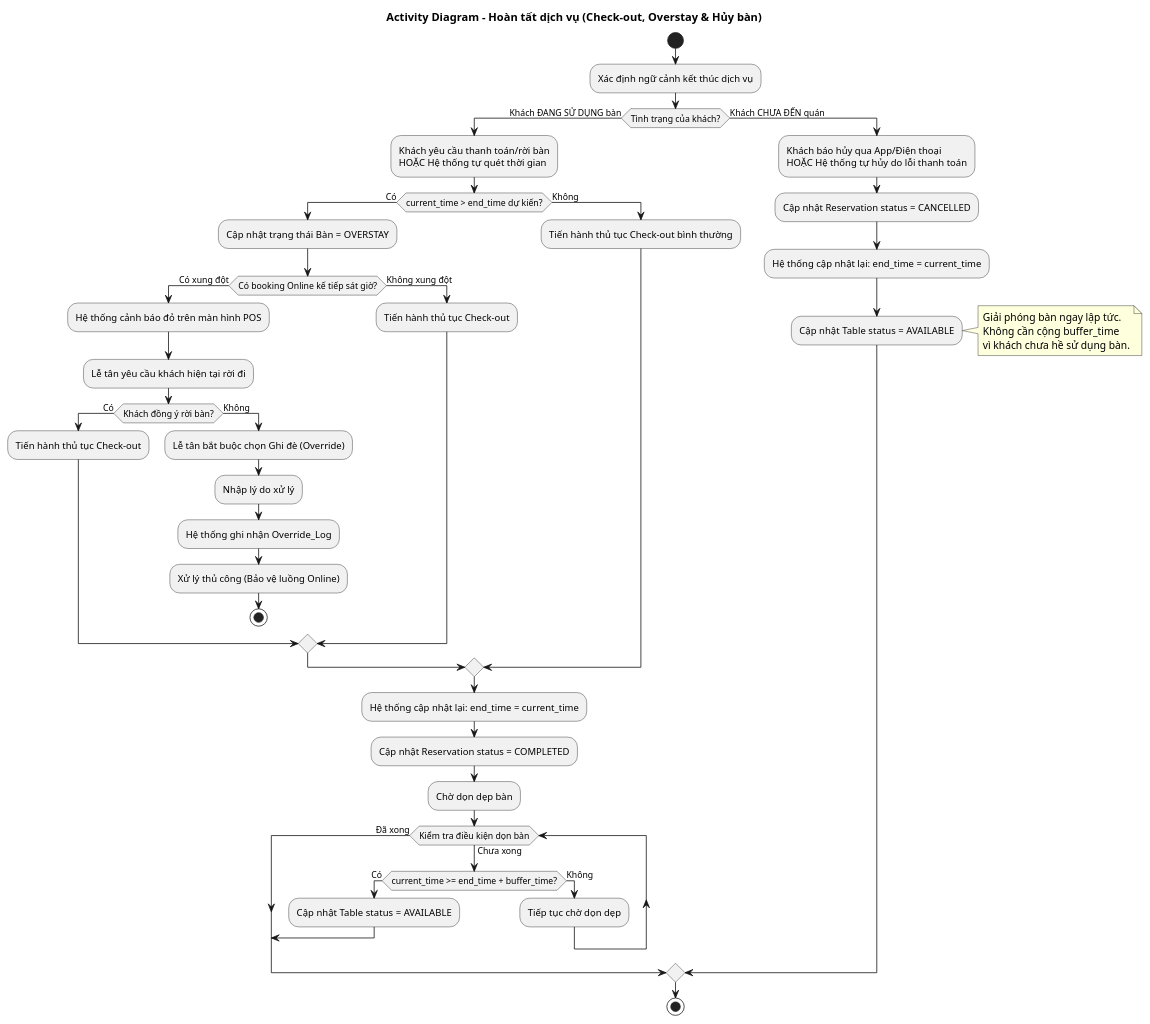
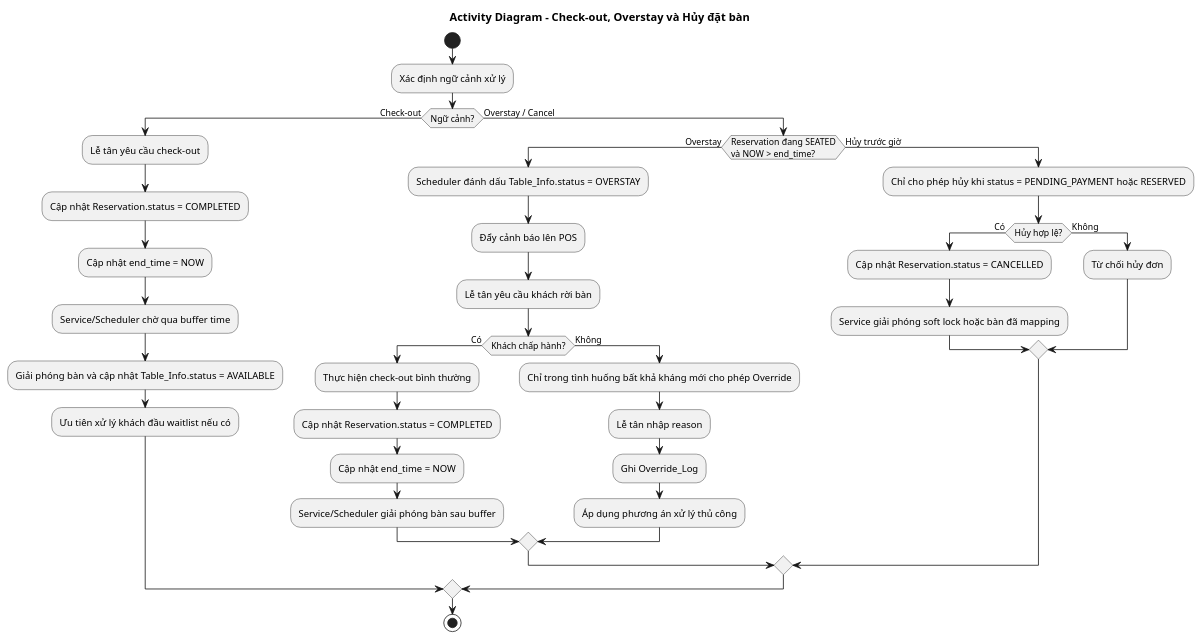
The diagram in docs/uml/activity-check-out.puml (QuangLam0208/restaurant-reservation-system), drawn with PlantUML before and after one commit. The commit also changed 13 other files, not shown here.

```diff
--- a/docs/uml/activity-check-out.puml
+++ b/docs/uml/activity-check-out.puml
@@ -1,75 +1,46 @@
 @startuml
-title Activity Diagram - Hoàn tất dịch vụ (Check-out, Overstay & Hủy bàn)
+title Activity Diagram - Check-out, Overstay và Hủy đặt bàn
 skinparam conditionStyle inside
 
+start
+:Xác định ngữ cảnh xử lý;
 
-start
-:Xác định ngữ cảnh kết thúc dịch vụ;
+if (Ngữ cảnh?) then (Check-out)
+  :Lễ tân yêu cầu check-out;
+  :Cập nhật Reservation.status = COMPLETED;
+  :Cập nhật end_time = NOW;
+  :Service/Scheduler chờ qua buffer time;
+  :Giải phóng bàn và cập nhật Table_Info.status = AVAILABLE;
+  :Ưu tiên xử lý khách đầu waitlist nếu có;
 
+else (Overstay / Cancel)
+  if (Reservation đang SEATED\nvà NOW > end_time?) then (Overstay)
+    :Scheduler đánh dấu Table_Info.status = OVERSTAY;
+    :Đẩy cảnh báo lên POS;
+    :Lễ tân yêu cầu khách rời bàn;
 
-if (Tình trạng của khách?) then (Khách ĐANG SỬ DỤNG bàn)
- :Khách yêu cầu thanh toán/rời bàn\nHOẶC Hệ thống tự quét thời gian;
+    if (Khách chấp hành?) then (Có)
+      :Thực hiện check-out bình thường;
+      :Cập nhật Reservation.status = COMPLETED;
+      :Cập nhật end_time = NOW;
+      :Service/Scheduler giải phóng bàn sau buffer;
+    else (Không)
+      :Chỉ trong tình huống bất khả kháng mới cho phép Override;
+      :Lễ tân nhập reason;
+      :Ghi Override_Log;
+      :Áp dụng phương án xử lý thủ công;
+    endif
 
-
- if (current_time > end_time dự kiến?) then (Có)
-   :Cập nhật trạng thái Bàn = OVERSTAY;
-
-
-   if (Có booking Online kế tiếp sát giờ?) then (Có xung đột)
-     :Hệ thống cảnh báo đỏ trên màn hình POS;
-     :Lễ tân yêu cầu khách hiện tại rời đi;
-
-
-     if (Khách đồng ý rời bàn?) then (Có)
-       :Tiến hành thủ tục Check-out;
-     else (Không)
-       :Lễ tân bắt buộc chọn Ghi đè (Override);
-       :Nhập lý do xử lý;
-       :Hệ thống ghi nhận Override_Log;
-       :Xử lý thủ công (Bảo vệ luồng Online);
-       stop
-     endif
-   else (Không xung đột)
-     :Tiến hành thủ tục Check-out;
-   endif
-
-
- else (Không)
-   :Tiến hành thủ tục Check-out bình thường;
- endif
-
-
- ' --- LOGIC CHECK-OUT (Khách đã ăn xong) ---
-
-
- :Hệ thống cập nhật lại: end_time = current_time;
- :Cập nhật Reservation status = COMPLETED;
- :Chờ dọn dẹp bàn;
-
-
- while (Kiểm tra điều kiện dọn bàn) is (Chưa xong)
-   if (current_time >= end_time + buffer_time?) then (Có)
-     :Cập nhật Table status = AVAILABLE;
-     break
-   else (Không)
-     :Tiếp tục chờ dọn dẹp;
-   endif
- endwhile (Đã xong)
-
-
-else (Khách CHƯA ĐẾN quán)
- ' --- LOGIC HỦY BÀN (Khách không đến/Hủy trước) ---
- :Khách báo hủy qua App/Điện thoại\nHOẶC Hệ thống tự hủy do lỗi thanh toán;
- :Cập nhật Reservation status = CANCELLED;
- :Hệ thống cập nhật lại: end_time = current_time;
- :Cập nhật Table status = AVAILABLE;
- note right
-   Giải phóng bàn ngay lập tức.
-   Không cần cộng buffer_time
-   vì khách chưa hề sử dụng bàn.
- end note
+  else (Hủy trước giờ)
+    :Chỉ cho phép hủy khi status = PENDING_PAYMENT hoặc RESERVED;
+    if (Hủy hợp lệ?) then (Có)
+      :Cập nhật Reservation.status = CANCELLED;
+      :Service giải phóng soft lock hoặc bàn đã mapping;
+    else (Không)
+      :Từ chối hủy đơn;
+    endif
+  endif
 endif
-
 
 stop
 @enduml
```
